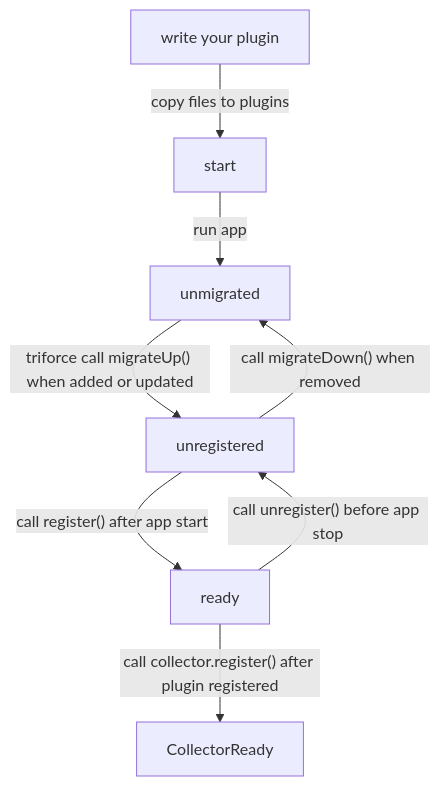
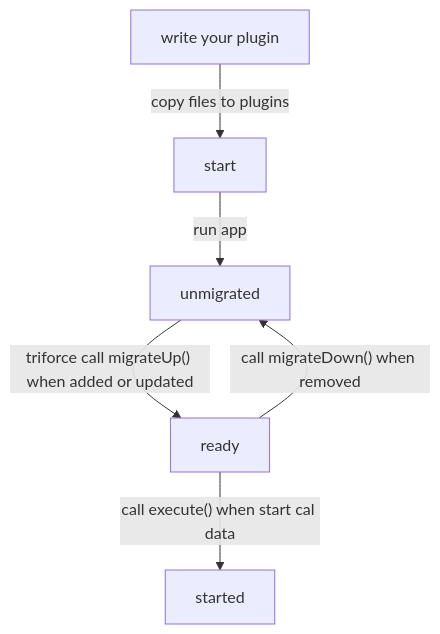
The first of 2 diagrams in plugins/README.md (apache/incubator-devlake), drawn with Mermaid before and after one commit. The commit also changed other lines of this file and 3 other files, not shown here.

````diff
--- a/plugins/README.md
+++ b/plugins/README.md
@@ -4,10 +4,8 @@
 ```mermaid
 graph TD;
     A[write your plugin]--copy files to plugins-->B[start]
     B --run app--> C[unmigrated]
-    C --"triforce call migrateUp() when added or updated"--> D[unregistered]
+    C --"triforce call migrateUp() when added or updated"--> D[ready]
     D --"call migrateDown() when removed"--> C
-    D --"call register() after app start"--> V0[ready]
-    V0 --"call unregister() before app stop"--> D
-    V0 --"call collector.register() after plugin registered"--> CollectorReady
+    D --"call execute() when start cal data"--> V0[started]
 ```
````
